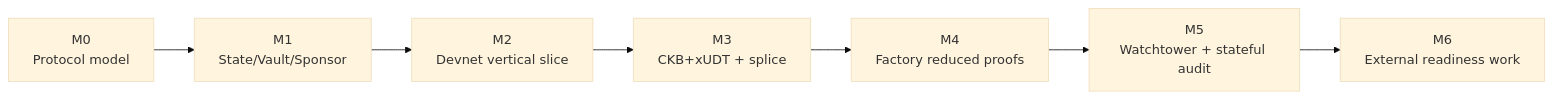
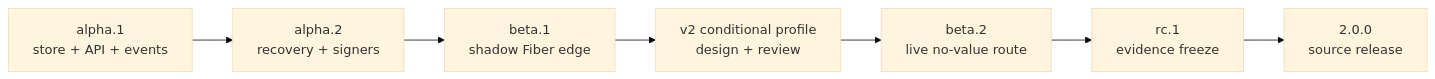
One commit to a19q3/Morph changed the second of 5 diagrams in docs/roadmap.md. Above: the diagram before and after it, drawn with Mermaid (base theme). The commit also changed other lines of this file and 1 other file, not shown here.

Commit message:
docs: add detailed v2 roadmap

````diff
--- a/docs/roadmap.md
+++ b/docs/roadmap.md
@@ -8,9 +232,9 @@
 ```mermaid
 flowchart LR
-    M0["M0<br/>Protocol model"] --> M1["M1<br/>State/Vault/Sponsor"]
-    M1 --> M2["M2<br/>Devnet vertical slice"]
-    M2 --> M3["M3<br/>CKB+xUDT + splice"]
-    M3 --> M4["M4<br/>Factory reduced proofs"]
-    M4 --> M5["M5<br/>Watchtower + stateful audit"]
-    M5 --> M6["M6<br/>External readiness work"]
+    A1["alpha.1<br/>store + API + events"] --> A2["alpha.2<br/>recovery + signers"]
+    A2 --> B1["beta.1<br/>shadow Fiber edge"]
+    B1 --> D["v2 conditional profile<br/>design + review"]
+    D --> B2["beta.2<br/>live no-value route"]
+    B2 --> RC["rc.1<br/>evidence freeze"]
+    RC --> GA["2.0.0<br/>source release"]
 ```
````
